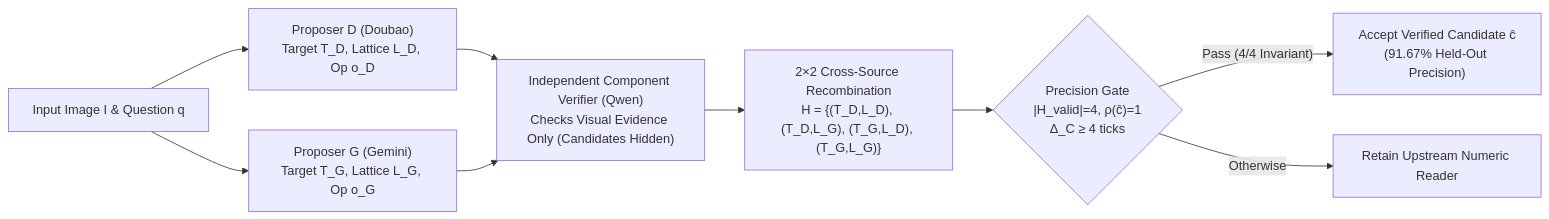
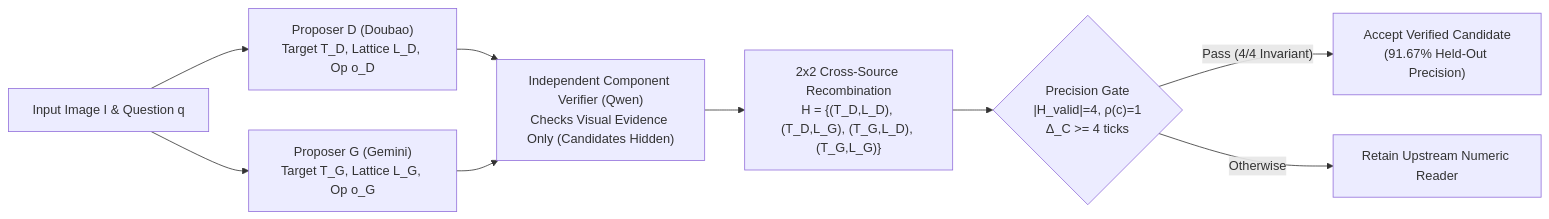
The diagram in README.md (mqingcs/StateBind), drawn with Mermaid before and after one commit. The commit also changed other lines of this file, not shown here.

````diff
--- a/README.md
+++ b/README.md
@@ -85,11 +85,11 @@
 ```mermaid
 flowchart LR
-    I["Input Image I & Question q"] --> D["Proposer D (Doubao)\nTarget T_D, Lattice L_D, Op o_D"]
-    I --> G["Proposer G (Gemini)\nTarget T_G, Lattice L_G, Op o_G"]
-    D --> V["Independent Component Verifier (Qwen)\nChecks Visual Evidence Only (Candidates Hidden)"]
+    I["Input Image I & Question q"] --> D["Proposer D (Doubao)<br/>Target T_D, Lattice L_D, Op o_D"]
+    I --> G["Proposer G (Gemini)<br/>Target T_G, Lattice L_G, Op o_G"]
+    D --> V["Independent Component Verifier (Qwen)<br/>Checks Visual Evidence Only (Candidates Hidden)"]
     G --> V
-    V --> R["2×2 Cross-Source Recombination\nH = {(T_D,L_D), (T_D,L_G), (T_G,L_D), (T_G,L_G)}"]
-    R --> Gate{"Precision Gate\n|H_valid|=4, ρ(ĉ)=1\nΔ_C ≥ 4 ticks"}
-    Gate -- "Pass (4/4 Invariant)" --> Accept["Accept Verified Candidate ĉ\n(91.67% Held-Out Precision)"]
+    V --> R["2x2 Cross-Source Recombination<br/>H = {(T_D,L_D), (T_D,L_G), (T_G,L_D), (T_G,L_G)}"]
+    R --> Gate{"Precision Gate<br/>|H_valid|=4, ρ(c)=1<br/>Δ_C >= 4 ticks"}
+    Gate -- "Pass (4/4 Invariant)" --> Accept["Accept Verified Candidate<br/>(91.67% Held-Out Precision)"]
     Gate -- "Otherwise" --> Fallback["Retain Upstream Numeric Reader"]
 ```
````
